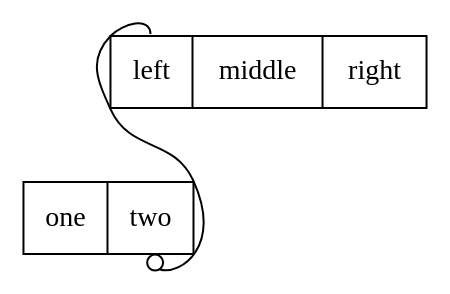
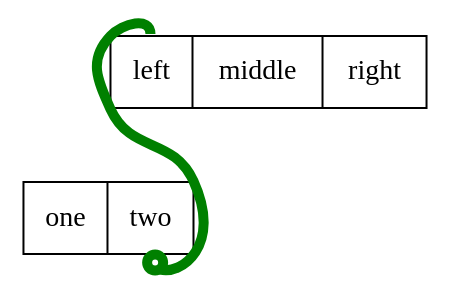
Before and after one commit to graphviz-perl/GraphViz2-Marpa: the diagram in data/16.gv, drawn with Graphviz. The commit also changed 10 other files, not shown here.

```diff
--- a/data/16.gv
+++ b/data/16.gv
@@ -1,19 +1,24 @@
 digraph graph_16
 {
 	node
 	[
 		shape = "record"
+	]
+	edge
+	[
+		color = "green"
+		penwidth = 5
 	]
 	node_16_1
 	[
 		label = "<f0> left|<f1> middle|<f2> right"
 	]
 	node_16_2
 	[
 		label = "<f0> one|<f1> two"
 	]
 	node_16_1:f0:n -> node_16_2:f1:s
 	[
 		arrowhead = "odot"
 	]
 }
```
